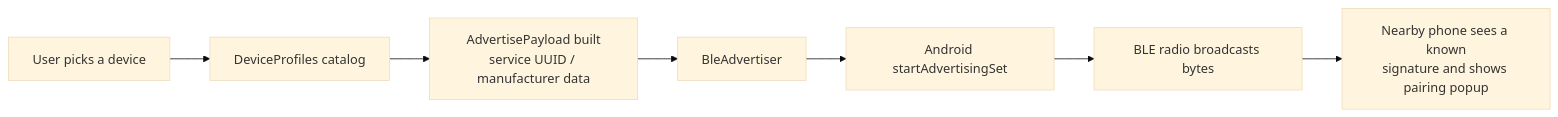
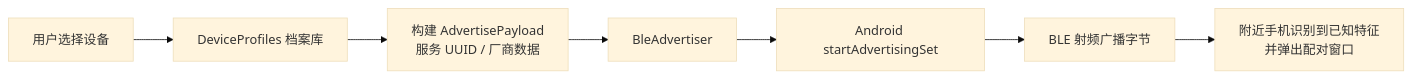
The first of 2 diagrams in README.md (LumePure/BLE-Advertise), drawn with Mermaid (base theme) before and after one commit. The commit also changed other lines of this file and 41 other files, not shown here.

````diff
--- a/README.md
+++ b/README.md
@@ -76,9 +80,9 @@
 ```mermaid
 flowchart LR
-    A[User picks a device] --> B[DeviceProfiles catalog]
-    B --> C[AdvertisePayload built<br/>service UUID / manufacturer data]
+    A[用户选择设备] --> B[DeviceProfiles 档案库]
+    B --> C[构建 AdvertisePayload<br/>服务 UUID / 厂商数据]
     C --> D[BleAdvertiser]
     D --> E[Android startAdvertisingSet]
-    E --> F[BLE radio broadcasts bytes]
-    F --> G[Nearby phone sees a known<br/>signature and shows pairing popup]
+    E --> F[BLE 射频广播字节]
+    F --> G[附近手机识别到已知特征<br/>并弹出配对窗口]
 ```
````
